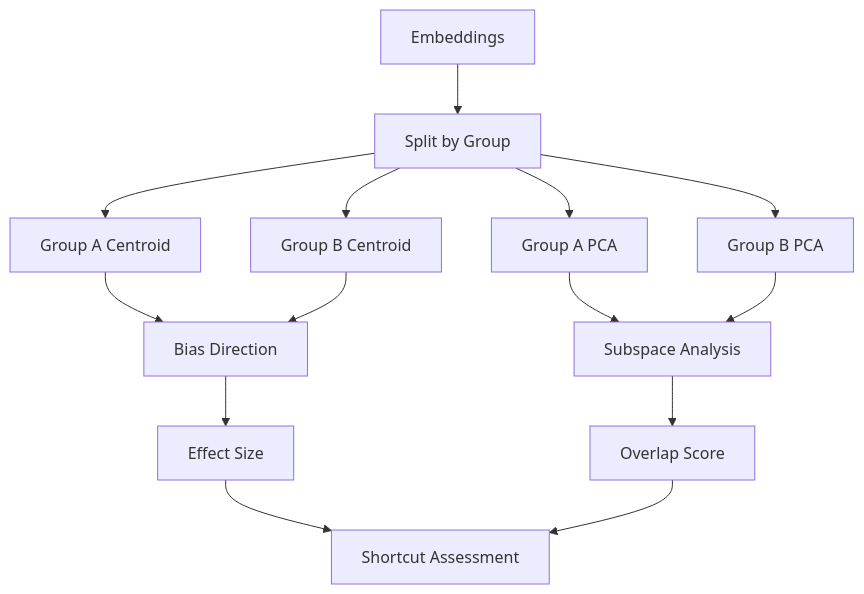
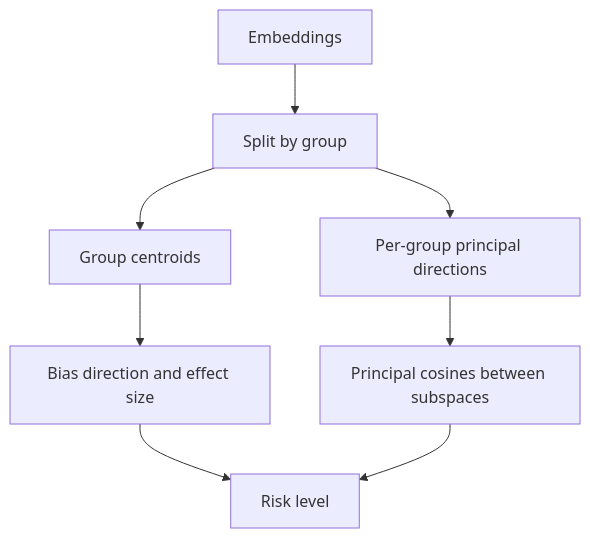
Before and after one commit to criticaldata/ShortKit-ML: the diagram in docs/methods/geometric.md, drawn with Mermaid. The commit also changed other lines of this file and 92 other files, not shown here.

````diff
--- a/docs/methods/geometric.md
+++ b/docs/methods/geometric.md
@@ -12,16 +14,10 @@
 ```mermaid
 graph TD
-    A[Embeddings] --> B[Split by Group]
-    B --> C[Group A Centroid]
-    B --> D[Group B Centroid]
-    C --> E[Bias Direction]
-    D --> E
-    B --> F[Group A PCA]
-    B --> G[Group B PCA]
-    F --> H[Subspace Analysis]
-    G --> H
-    E --> I[Effect Size]
-    H --> J[Overlap Score]
-    I --> K[Shortcut Assessment]
-    J --> K
+    A[Embeddings] --> B[Split by group]
+    B --> C[Group centroids]
+    C --> D[Bias direction and effect size]
+    B --> E[Per-group principal directions]
+    E --> F[Principal cosines between subspaces]
+    D --> G[Risk level]
+    F --> G
 ```
````
